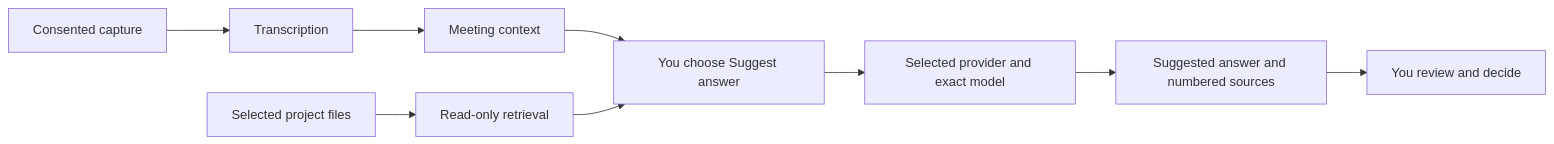
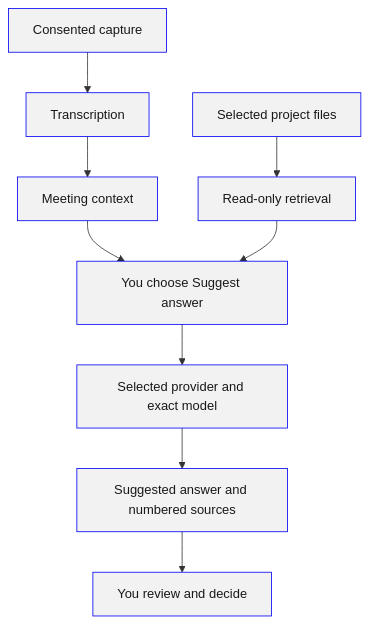
Before and after one commit to adam4788/meeting-copilot: the diagram in README.md, drawn with Mermaid. The commit also changed other lines of this file and 5 other files, not shown here.

````diff
--- a/README.md
+++ b/README.md
@@ -49,11 +49,14 @@
 ```mermaid
-flowchart LR
+flowchart TD
+    accTitle: Meeting Copilot answer workflow
+    accDescr: Consented capture is transcribed into meeting context. Project retrieval supplies evidence. You request an answer from your selected model and review the numbered sources.
     A[Consented capture] --> B[Transcription]
     B --> C[Meeting context]
     P[Selected project files] --> R[Read-only retrieval]
     C --> Q[You choose Suggest answer]
     R --> Q
     Q --> M[Selected provider and exact model]
     M --> E[Suggested answer and numbered sources]
     E --> U[You review and decide]
+    classDef default fill:#F2F2F2,stroke:#0000F2,color:#181818,stroke-width:1px
 ```
````
